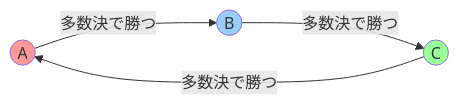
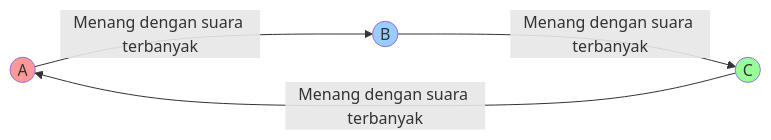
The second of 3 diagrams in content/post/arrows-impossibility-theorem/index.id.md (kenjinote/blog), drawn with Mermaid before and after one commit. The commit also changed other lines of this file and 28 other files, not shown here.

Commit message:
Translate Japanese text inside Mermaid diagrams to respective languages

````diff
--- a/content/post/arrows-impossibility-theorem/index.id.md
+++ b/content/post/arrows-impossibility-theorem/index.id.md
@@ -98,10 +98,10 @@
 ```mermaid
 graph LR
-    A((A)) -->|"多数決で勝つ"| B((B))
-    B -->|"多数決で勝つ"| C((C))
-    C -->|"多数決で勝つ"| A
+    A((A)) -->|"Menang dengan suara terbanyak"| B((B))
+    B -->|"Menang dengan suara terbanyak"| C((C))
+    C -->|"Menang dengan suara terbanyak"| A
     
     style A fill:#ff9999
     style B fill:#99ccff
     style C fill:#99ff99
 ```
````
